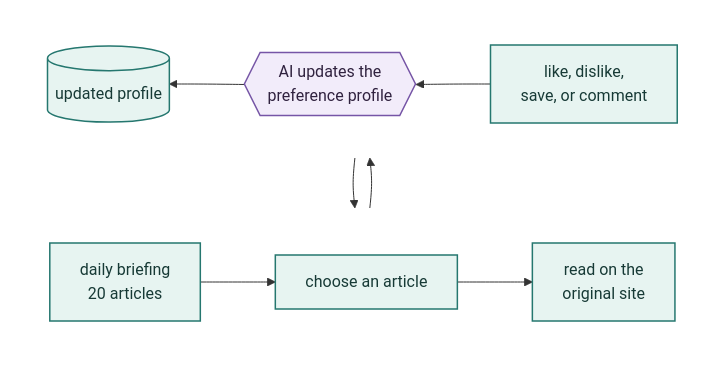
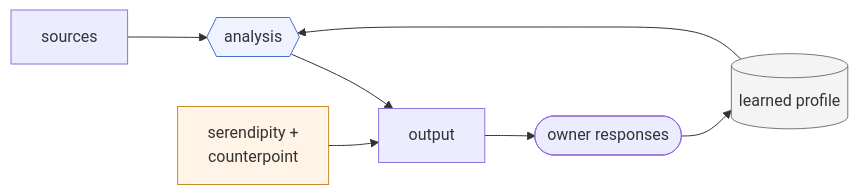
The fourth of 7 diagrams in README.md (robertvanstedum/personal-ai-agents), drawn with Mermaid before and after one commit. The commit also changed other lines of this file and 9 other files, not shown here.

First line of the commit message:
Key docs for mini-moi 1.2 beta: README, ARCHITECTURE and a terms appendix

````diff
--- a/README.md
+++ b/README.md
@@ -95,24 +231,13 @@
 ```mermaid
-flowchart TB
-    subgraph TOP[" "]
-        direction LR
-        A["daily briefing<br/>20 articles"] --> B[choose an article]
-        B --> C[read on the<br/>original site]
-    end
-
-    subgraph BOTTOM[" "]
-        direction RL
-        R[like, dislike,<br/>save, or comment] --> P{{AI updates the<br/>preference profile}}
-        P --> F[(updated profile)]
-    end
-
-    B --> R
-    F --> A
-
-    classDef curator fill:#E7F4F1,stroke:#25776F,color:#173A36,stroke-width:1.5px
-    classDef ai fill:#F2ECFA,stroke:#7655A6,color:#30223F,stroke-width:1.5px
-    class A,B,C,R,F curator
-    class P ai
-    style TOP fill:transparent,stroke:transparent
-    style BOTTOM fill:transparent,stroke:transparent
+flowchart LR
+    A[sources] --> B{{analysis}} --> D[output] --> E([owner responses])
+    C[(learned profile)] --> B
+    E --> C
+    S[serendipity +<br/>counterpoint] --> D
+    class B ai
+    class C store
+    class S wide
+    classDef ai fill:#eef3ff,stroke:#4a6fd1
+    classDef store fill:#f4f4f4,stroke:#777
+    classDef wide fill:#fff4e5,stroke:#c98a2b
 ```
````
